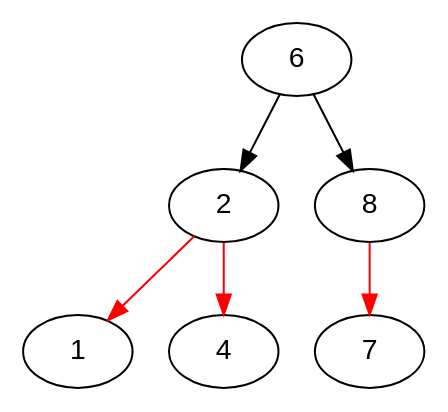
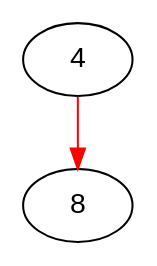
Before and after one commit to Lucas-Dimitri/ED2: the diagram in rbt/rbt.dot, drawn with Graphviz. The commit also changed 4 other files, not shown here.

Commit message:
fim do trab de red-black

```diff
--- a/rbt/rbt.dot
+++ b/rbt/rbt.dot
@@ -1,8 +1,4 @@
 digraph RedBlackTree {
     node [fontname="Arial"];
-    6 -> 2 [color=black];
-    2 -> 1 [color=red];
-    2 -> 4 [color=red];
-    6 -> 8 [color=black];
-    8 -> 7 [color=red];
+    4 -> 8 [color=red];
 }
```
